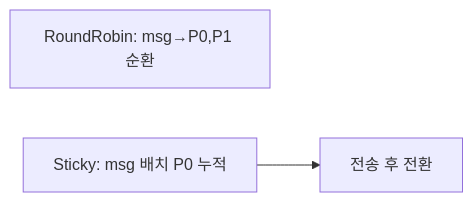
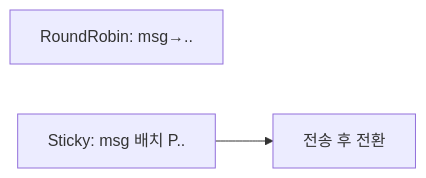
Before and after one commit to yjkim2015/yjkim2015.github.io: the fourth of 21 diagrams in _posts/kafka/2026-05-01-kafka-internals.md, drawn with Mermaid. The commit also changed other lines of this file and 149 other files, not shown here.

First line of the commit message:
Mermaid 가독성 개선: 라벨 축약, 노드 축소, TD→LR 변환

````diff
--- a/_posts/kafka/2026-05-01-kafka-internals.md
+++ b/_posts/kafka/2026-05-01-kafka-internals.md
@@ -105,5 +103,5 @@
 ```mermaid
 graph LR
-    RR["RoundRobin: msg→P0,P1 순환"]
-    ST["Sticky: msg 배치 P0 누적"] --> SW["전송 후 전환"]
+    RR["RoundRobin: msg→.."]
+    ST["Sticky: msg 배치 P.."] --> SW["전송 후 전환"]
 ```
````
